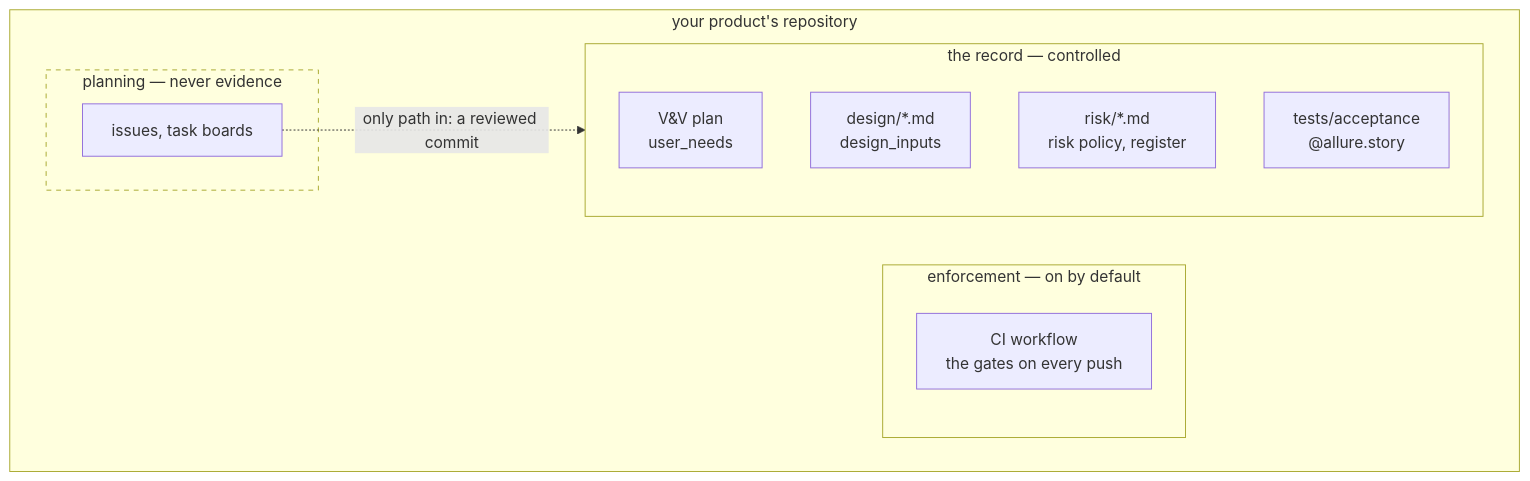
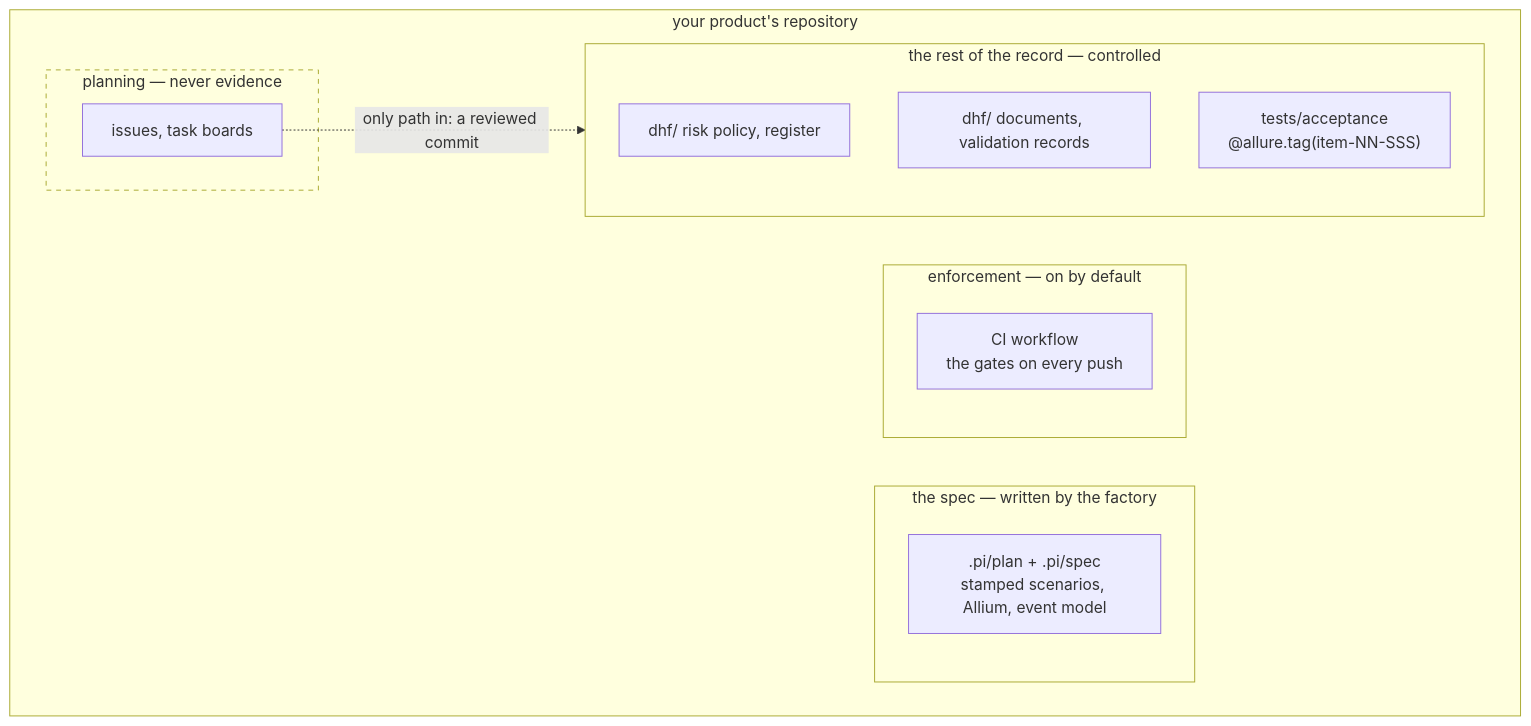
One commit to scope-impact/rdm changed the second of 2 diagrams in docs/about/how-rdm-works.md. Above: the diagram before and after it, drawn with Mermaid. The commit also changed other lines of this file and 30 other files, not shown here.

First line of the commit message:
WIP: tests for the spec reader, adopt/init templates, the Part 11 example on the spec

````diff
--- a/docs/about/how-rdm-works.md
+++ b/docs/about/how-rdm-works.md
@@ -94,19 +96,21 @@
 ```mermaid
 flowchart TD
     subgraph repo["your product's repository"]
-        subgraph record["the record — controlled"]
-            VVP["V&V plan<br>user_needs"]
-            DESIGN["design/*.md<br>design_inputs"]
-            RISKS["risk/*.md<br>risk policy, register"]
-            TESTS["tests/acceptance<br>@allure.story"]
+        subgraph spec["the spec — written by the factory"]
+            PLAN[".pi/plan + .pi/spec<br>stamped scenarios, Allium, event model"]
+        end
+        subgraph record["the rest of the record — controlled"]
+            RISKS["dhf/ risk policy, register"]
+            DOCS["dhf/ documents, validation records"]
+            TESTS["tests/acceptance<br>@allure.tag(item-NN-SSS)"]
         end
         subgraph enforce["enforcement — on by default"]
             CI["CI workflow<br>the gates on every push"]
         end
         subgraph plan["planning — never evidence"]
             PM["issues, task boards"]
         end
     end
     PM -. "only path in: a reviewed commit" .-> record
     style plan stroke-dasharray: 5 5
 ```
````
